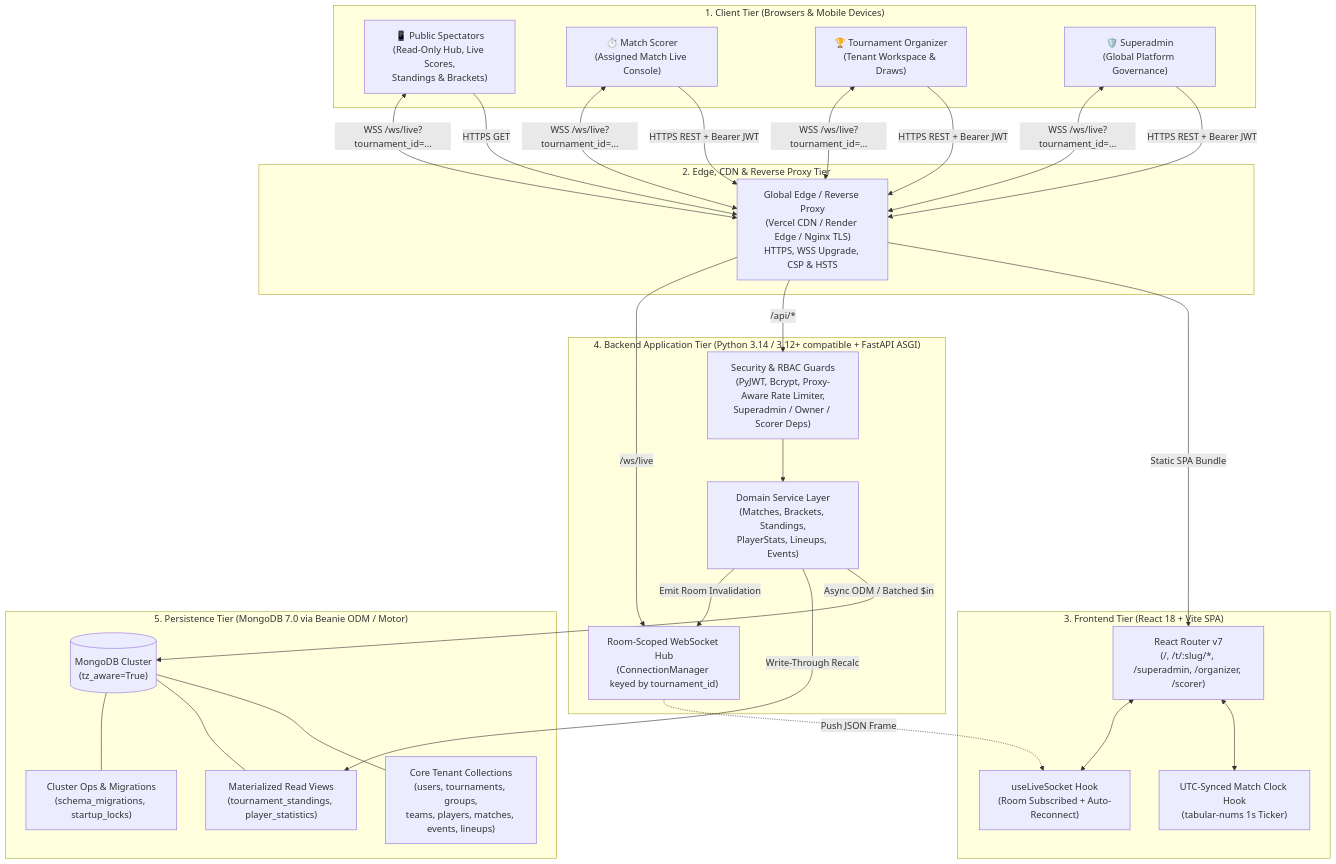
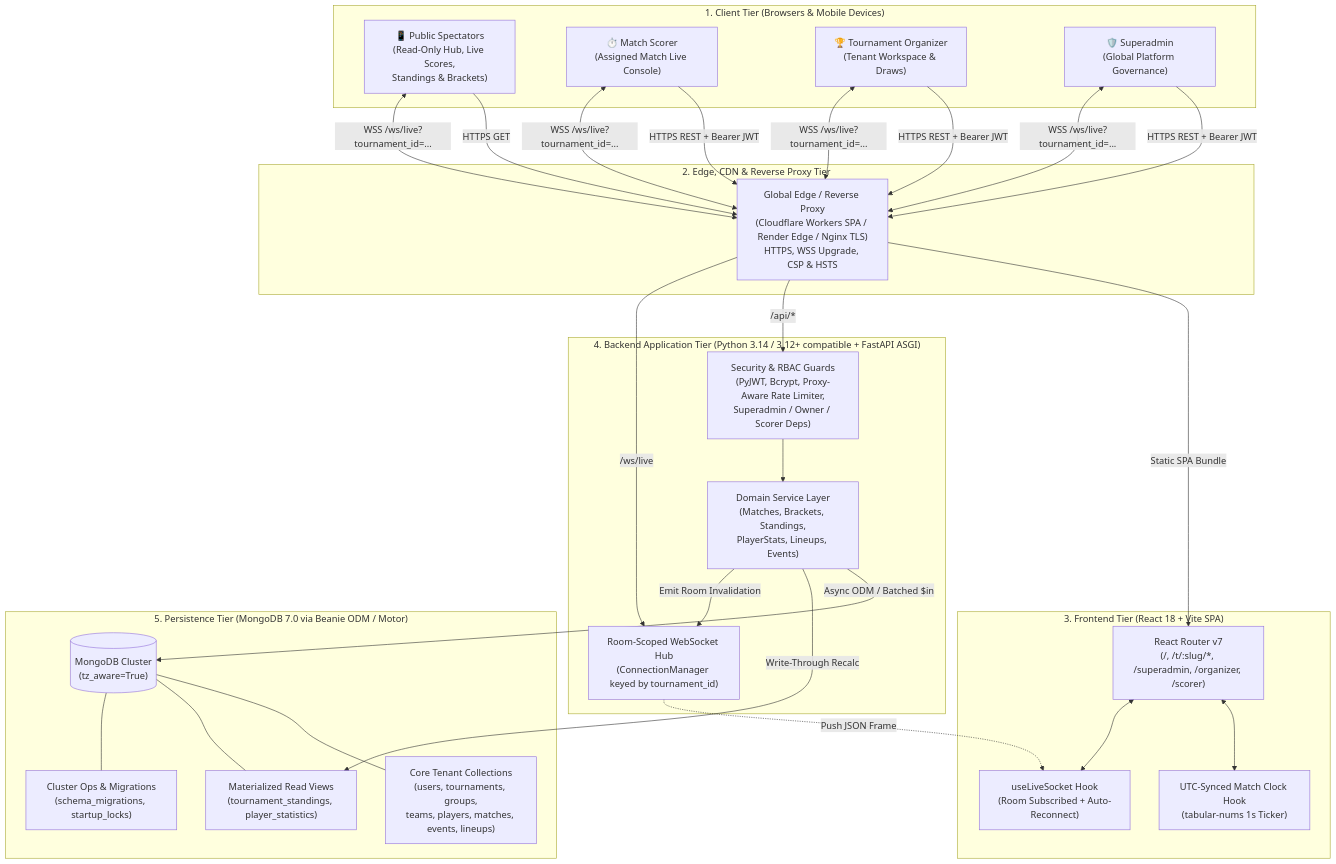
The first of 5 diagrams in docs/system_architecture.md (Developer-Rajesh100/MatchGrid), drawn with Mermaid before and after one commit. The commit also changed other lines of this file and 5 other files, not shown here.

````diff
--- a/docs/system_architecture.md
+++ b/docs/system_architecture.md
@@ -40,53 +40,53 @@
 ```mermaid
 flowchart TD
     subgraph Clients["1. Client Tier (Browsers & Mobile Devices)"]
         C_Pub["📱 Public Spectators\n(Read-Only Hub, Live Scores,\nStandings & Brackets)"]
         C_Scr["⏱️ Match Scorer\n(Assigned Match Live Console)"]
         C_Org["🏆 Tournament Organizer\n(Tenant Workspace & Draws)"]
         C_Sup["🛡️ Superadmin\n(Global Platform Governance)"]
     end
 
     subgraph Edge["2. Edge, CDN & Reverse Proxy Tier"]
-        CDN["Global Edge / Reverse Proxy\n(Vercel CDN / Render Edge / Nginx TLS)\nHTTPS, WSS Upgrade, CSP & HSTS"]
+        CDN["Global Edge / Reverse Proxy\n(Cloudflare Workers SPA / Render Edge / Nginx TLS)\nHTTPS, WSS Upgrade, CSP & HSTS"]
     end
 
     subgraph FrontendApp["3. Frontend Tier (React 18 + Vite SPA)"]
         RouterUI["React Router v7\n(/, /t/:slug/*, /superadmin, /organizer, /scorer)"]
         ClockEngine["UTC-Synced Match Clock Hook\n(tabular-nums 1s Ticker)"]
         WSClient["useLiveSocket Hook\n(Room Subscribed + Auto-Reconnect)"]
     end
 
     subgraph BackendApp["4. Backend Application Tier (Python 3.14 / 3.12+ compatible + FastAPI ASGI)"]
         Guards["Security & RBAC Guards\n(PyJWT, Bcrypt, Proxy-Aware Rate Limiter,\nSuperadmin / Owner / Scorer Deps)"]
         Services["Domain Service Layer\n(Matches, Brackets, Standings,\nPlayerStats, Lineups, Events)"]
         WSHub["Room-Scoped WebSocket Hub\n(ConnectionManager keyed by tournament_id)"]
     end
 
     subgraph Persistence["5. Persistence Tier (MongoDB 7.0 via Beanie ODM / Motor)"]
         Mongo[("MongoDB Cluster\n(tz_aware=True)")]
         ColCore["Core Tenant Collections\n(users, tournaments, groups,\nteams, players, matches, events, lineups)"]
         ColViews["Materialized Read Views\n(tournament_standings, player_statistics)"]
         ColOps["Cluster Ops & Migrations\n(schema_migrations, startup_locks)"]
     end
 
     C_Pub -->|HTTPS GET| CDN
     C_Scr & C_Org & C_Sup -->|HTTPS REST + Bearer JWT| CDN
     C_Pub & C_Scr & C_Org & C_Sup <-->|WSS /ws/live?tournament_id=...| CDN
 
     CDN -->|Static SPA Bundle| RouterUI
     CDN -->|/api/*| Guards
     CDN -->|/ws/live| WSHub
 
     RouterUI <--> ClockEngine
     RouterUI <--> WSClient
 
     Guards --> Services
     Services -->|Async ODM / Batched $in| Mongo
     Mongo --- ColCore
     Mongo --- ColViews
     Mongo --- ColOps
 
     Services -->|Write-Through Recalc| ColViews
     Services -->|Emit Room Invalidation| WSHub
     WSHub -.->|Push JSON Frame| WSClient
 ```
````
